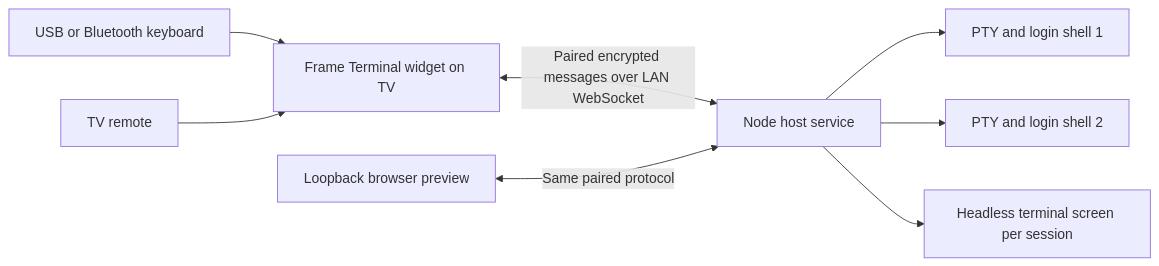
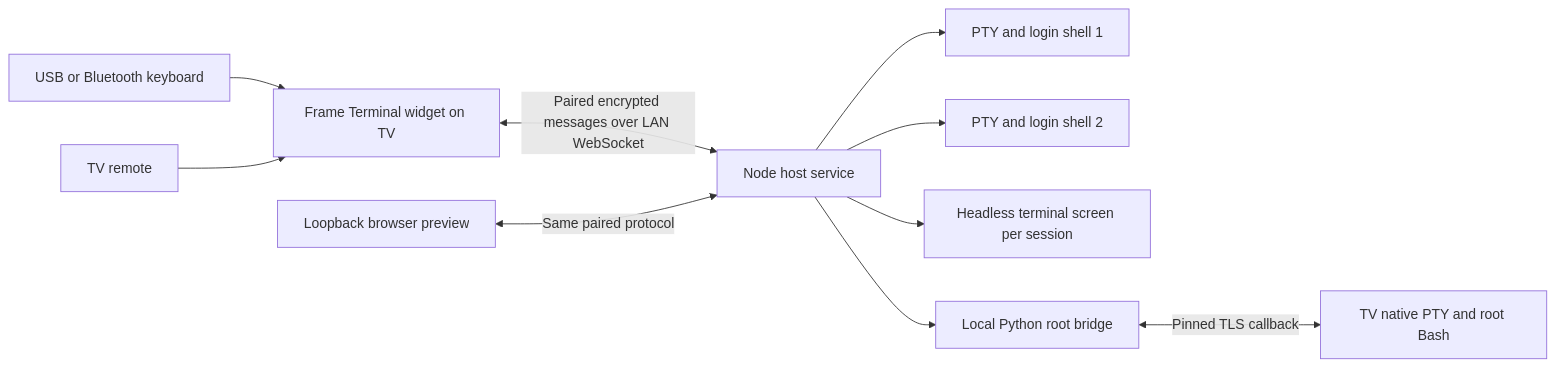
Before and after one commit to Vheissu/democratizen: the diagram in docs/architecture.md, drawn with Mermaid. The commit also changed other lines of this file and 30 other files, not shown here.

````diff
--- a/docs/architecture.md
+++ b/docs/architecture.md
@@ -5,10 +5,12 @@
 ```mermaid
 flowchart LR
   Keyboard[USB or Bluetooth keyboard] --> TV[Frame Terminal widget on TV]
   Remote[TV remote] --> TV
   TV <-->|Paired encrypted messages over LAN WebSocket| Host[Node host service]
   Preview[Loopback browser preview] <-->|Same paired protocol| Host
   Host --> S1[PTY and login shell 1]
   Host --> S2[PTY and login shell 2]
   Host --> State[Headless terminal screen per session]
+  Host --> Bridge[Local Python root bridge]
+  Bridge <-->|Pinned TLS callback| TVPTY[TV native PTY and root Bash]
 ```
````
